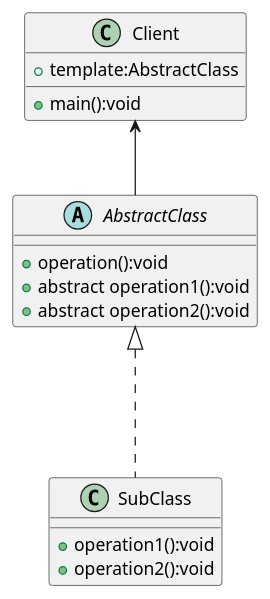
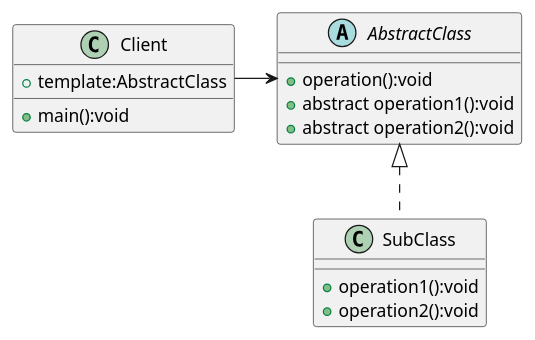
One commit to qiding1991/design-pattern changed the diagram in action-template-design/action-template-uml.puml. Above: the diagram before and after it, drawn with PlantUML. The commit also changed 34 other files, not shown here.

```diff
--- a/action-template-design/action-template-uml.puml
+++ b/action-template-design/action-template-uml.puml
@@ -1,24 +1,24 @@
 @startuml
     abstract class AbstractClass{
        + operation():void
        + abstract operation1():void
        + abstract operation2():void
     }
 
     class SubClass{
      + operation1():void
      + operation2():void
     }
 
     class Client{
        + template:AbstractClass
        + main():void
     }
 
-     Client <-- AbstractClass
-     AbstractClass <|... SubClass
+     Client -> AbstractClass
+     AbstractClass <|.. SubClass
 
 
 
 
 @enduml
```
